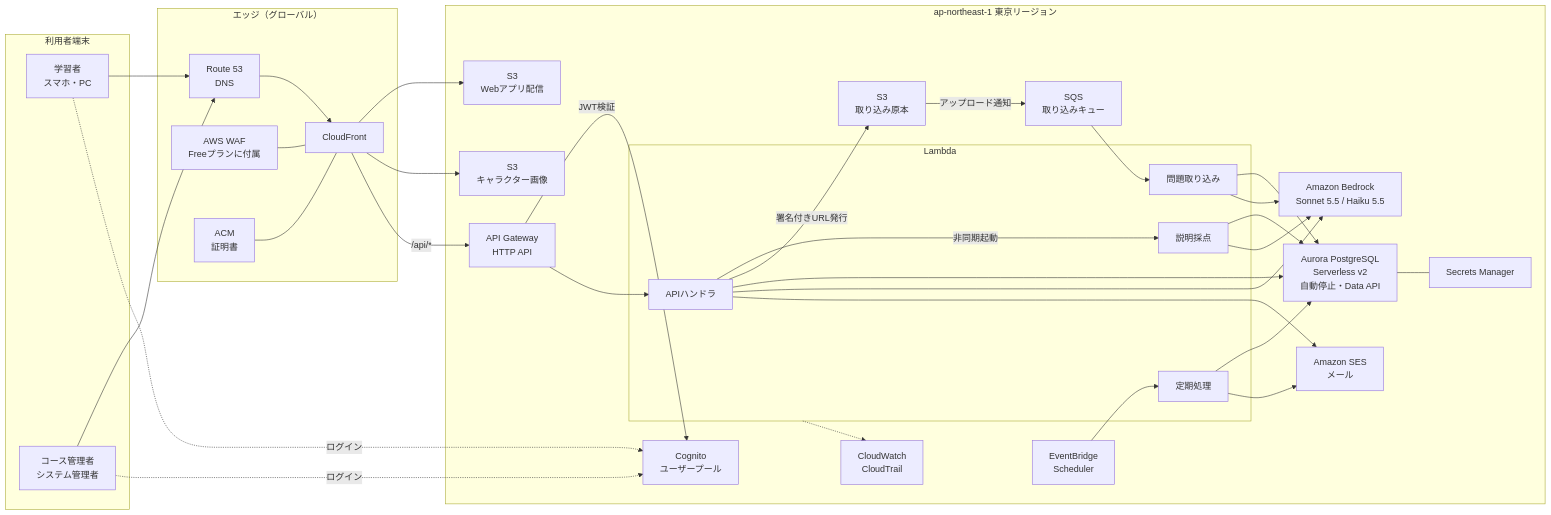
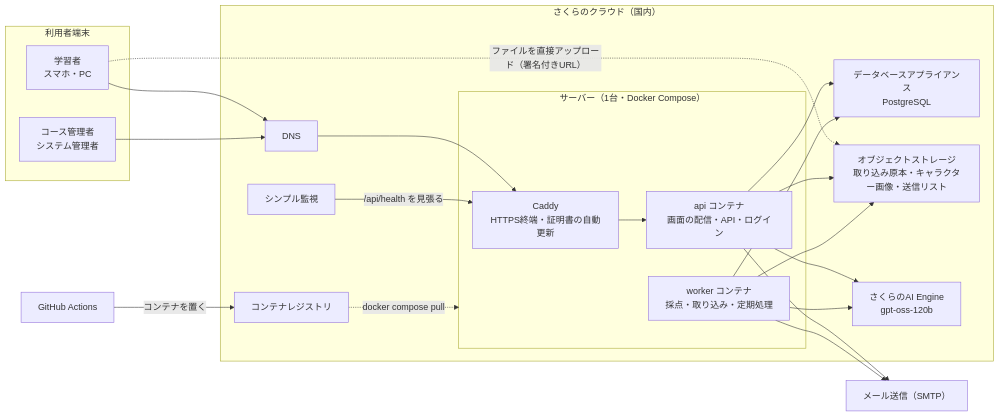
One commit to pocarialice/rpglearning changed the first of 13 diagrams in documents/外部設計書_RPG学習アプリ.md. Above: the diagram before and after it, drawn with Mermaid. The commit also changed other lines of this file and 1 other file, not shown here.

````diff
--- a/documents/外部設計書_RPG学習アプリ.md
+++ b/documents/外部設計書_RPG学習アプリ.md
@@ -66,61 +70,38 @@
 ```mermaid
 flowchart LR
   subgraph Client["利用者端末"]
     U["学習者<br>スマホ・PC"]
     M["コース管理者<br>システム管理者"]
   end
-  subgraph Edge["エッジ（グローバル）"]
-    R53["Route 53<br>DNS"]
-    WAF["AWS WAF<br>Freeプランに付属"]
-    CF["CloudFront"]
-    ACM["ACM<br>証明書"]
+  subgraph Sakura["さくらのクラウド（国内）"]
+    DNS["DNS"]
+    subgraph VM["サーバー（1台・Docker Compose）"]
+      CADDY["Caddy<br>HTTPS終端・証明書の自動更新"]
+      API["api コンテナ<br>画面の配信・API・ログイン"]
+      WK["worker コンテナ<br>採点・取り込み・定期処理"]
+    end
+    DB["データベースアプライアンス<br>PostgreSQL"]
+    OBJ["オブジェクトストレージ<br>取り込み原本・キャラクター画像・送信リスト"]
+    AIE["さくらのAI Engine<br>gpt-oss-120b"]
+    CR["コンテナレジストリ"]
+    MON["シンプル監視"]
   end
-  subgraph Tokyo["ap-northeast-1 東京リージョン"]
-    S3W["S3<br>Webアプリ配信"]
-    S3A["S3<br>キャラクター画像"]
-    COG["Cognito<br>ユーザープール"]
-    APIGW["API Gateway<br>HTTP API"]
-    subgraph Compute["Lambda"]
-      LAPI["APIハンドラ"]
-      LGRD["説明採点"]
-      LIMP["問題取り込み"]
-      LBAT["定期処理"]
-    end
-    S3U["S3<br>取り込み原本"]
-    SQS["SQS<br>取り込みキュー"]
-    DB["Aurora PostgreSQL<br>Serverless v2<br>自動停止・Data API"]
-    SM["Secrets Manager"]
-    BR["Amazon Bedrock<br>Sonnet 5.5 / Haiku 5.5"]
-    EB["EventBridge<br>Scheduler"]
-    SES["Amazon SES<br>メール"]
-    CW["CloudWatch<br>CloudTrail"]
-  end
-  U --> R53
-  M --> R53
-  R53 --> CF
-  WAF --- CF
-  ACM --- CF
-  CF --> S3W
-  CF --> S3A
-  CF -->|"/api/*"| APIGW
-  U -.->|"ログイン"| COG
-  M -.->|"ログイン"| COG
-  APIGW -->|"JWT検証"| COG
-  APIGW --> LAPI
-  LAPI -->|"非同期起動"| LGRD
-  LAPI -->|"署名付きURL発行"| S3U
-  S3U -->|"アップロード通知"| SQS
-  SQS --> LIMP
-  LAPI --> DB
-  LGRD --> DB
-  LIMP --> DB
-  LBAT --> DB
-  DB --- SM
-  LAPI --> BR
-  LGRD --> BR
-  LIMP --> BR
-  EB --> LBAT
-  LBAT --> SES
-  LAPI --> SES
-  Compute -.-> CW
+  SMTP["メール送信（SMTP）"]
+  GH["GitHub Actions"]
+  U --> DNS
+  M --> DNS
+  DNS --> CADDY
+  CADDY --> API
+  U -.->|"ファイルを直接アップロード（署名付きURL）"| OBJ
+  API --> DB
+  WK --> DB
+  API --> OBJ
+  WK --> OBJ
+  API --> AIE
+  WK --> AIE
+  API --> SMTP
+  WK --> SMTP
+  GH -->|"コンテナを置く"| CR
+  CR -.->|"docker compose pull"| VM
+  MON -->|"/api/health を見張る"| CADDY
 ```
````
